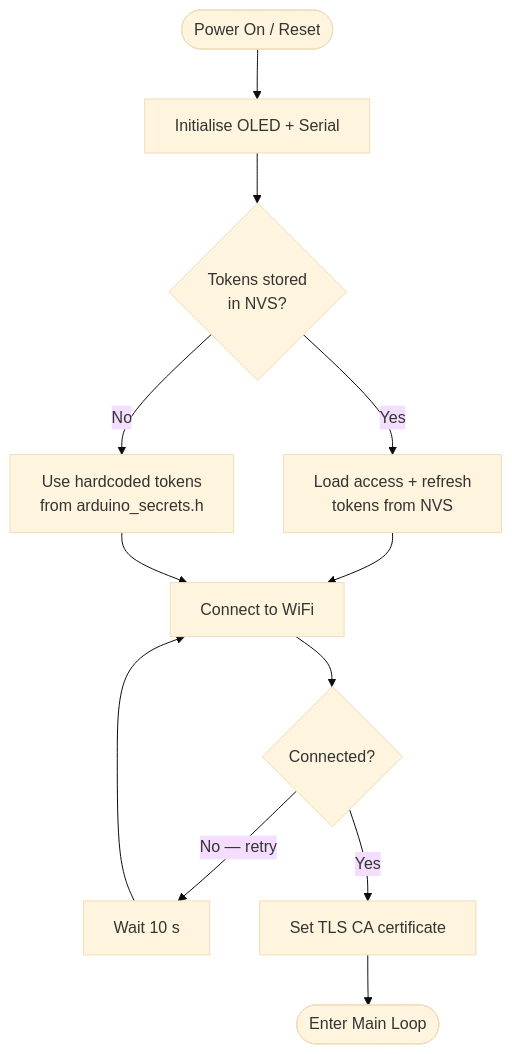
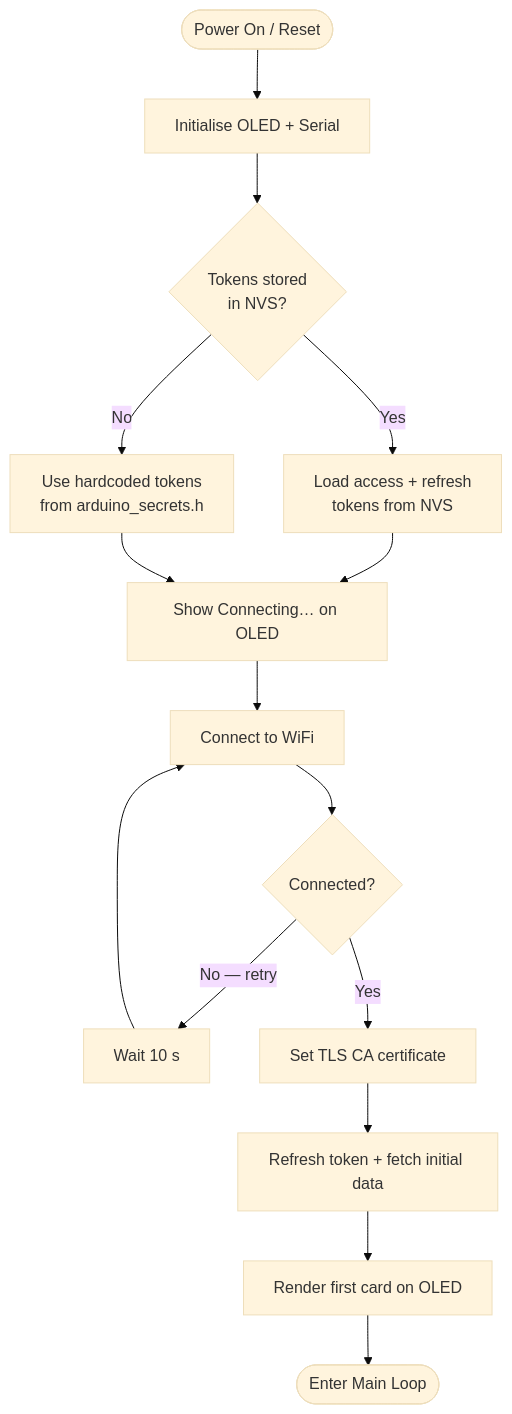
The fifth of 7 diagrams in README.md (vcchstrandberg/netatmo-weather-api), drawn with Mermaid (base theme) before and after one commit. The commit also changed other lines of this file, not shown here.

First line of the commit message:
Update README for rotating card display and non-blocking loop

````diff
--- a/README.md
+++ b/README.md
@@ -132,14 +132,17 @@
 ```mermaid
 flowchart TD
     A([Power On / Reset]) --> B[Initialise OLED + Serial]
     B --> C{Tokens stored\nin NVS?}
     C -->|Yes| D[Load access + refresh\ntokens from NVS]
     C -->|No| E[Use hardcoded tokens\nfrom arduino_secrets.h]
-    D --> F[Connect to WiFi]
+    D --> F[Show Connecting… on OLED]
     E --> F
-    F --> G{Connected?}
-    G -->|No — retry| H[Wait 10 s]
-    H --> F
-    G -->|Yes| I[Set TLS CA certificate]
-    I --> J([Enter Main Loop])
+    F --> G[Connect to WiFi]
+    G --> H{Connected?}
+    H -->|No — retry| I[Wait 10 s]
+    I --> G
+    H -->|Yes| J[Set TLS CA certificate]
+    J --> K[Refresh token + fetch initial data]
+    K --> L[Render first card on OLED]
+    L --> M([Enter Main Loop])
 ```
````
